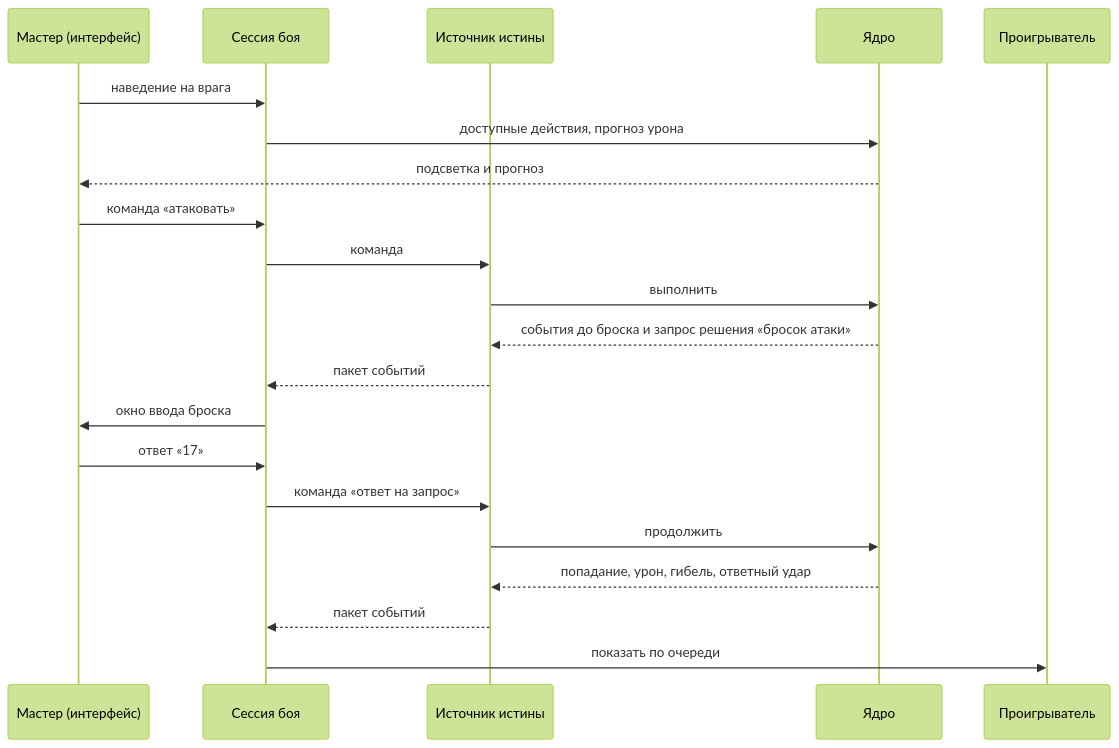
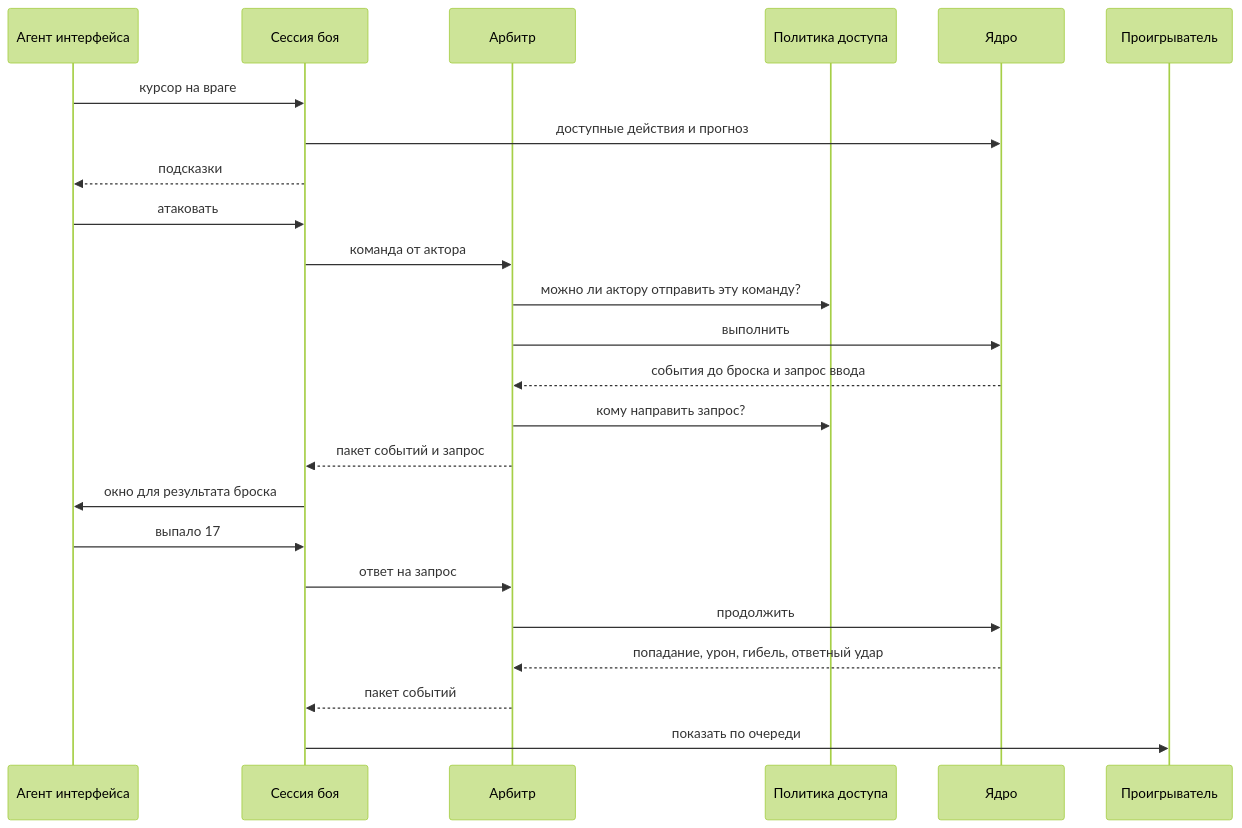
One commit to LinKav20/Heroes2dBattleGame changed the second of 5 diagrams in docs/architecture/05-runtime.md. Above: the diagram before and after it, drawn with Mermaid (forest theme). The commit also changed other lines of this file and 53 other files, not shown here.

````diff
--- a/docs/architecture/05-runtime.md
+++ b/docs/architecture/05-runtime.md
@@ -42,23 +44,26 @@
 ```mermaid
 sequenceDiagram
-  participant M as Мастер (интерфейс)
+  participant U as Агент интерфейса
   participant S as Сессия боя
-  participant A as Источник истины
+  participant A as Арбитр
+  participant P as Политика доступа
   participant K as Ядро
-  participant P as Проигрыватель
-  M->>S: наведение на врага
-  S->>K: доступные действия, прогноз урона
-  K-->>M: подсветка и прогноз
-  M->>S: команда «атаковать»
-  S->>A: команда
+  participant V as Проигрыватель
+  U->>S: курсор на враге
+  S->>K: доступные действия и прогноз
+  S-->>U: подсказки
+  U->>S: атаковать
+  S->>A: команда от актора
+  A->>P: можно ли актору отправить эту команду?
   A->>K: выполнить
-  K-->>A: события до броска и запрос решения «бросок атаки»
-  A-->>S: пакет событий
-  S->>M: окно ввода броска
-  M->>S: ответ «17»
-  S->>A: команда «ответ на запрос»
+  K-->>A: события до броска и запрос ввода
+  A->>P: кому направить запрос?
+  A-->>S: пакет событий и запрос
+  S->>U: окно для результата броска
+  U->>S: выпало 17
+  S->>A: ответ на запрос
   A->>K: продолжить
   K-->>A: попадание, урон, гибель, ответный удар
   A-->>S: пакет событий
-  S->>P: показать по очереди
+  S->>V: показать по очереди
 ```
````
